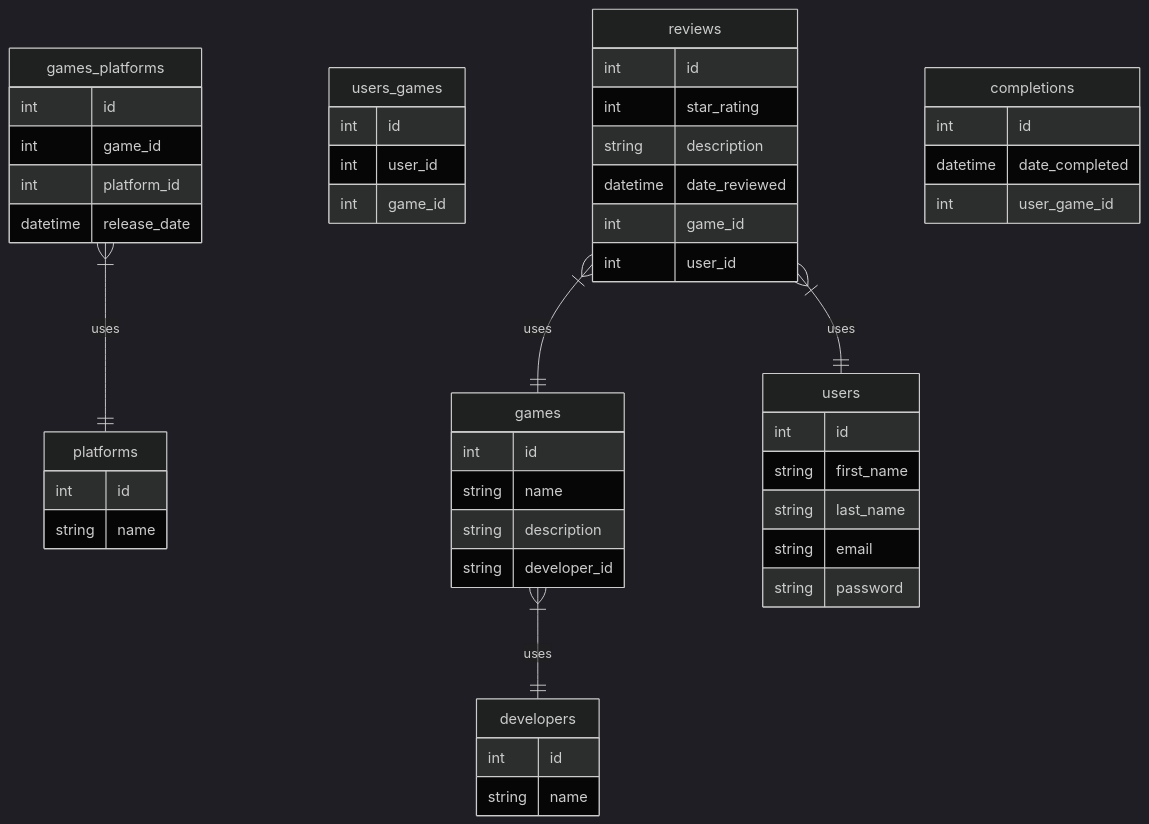
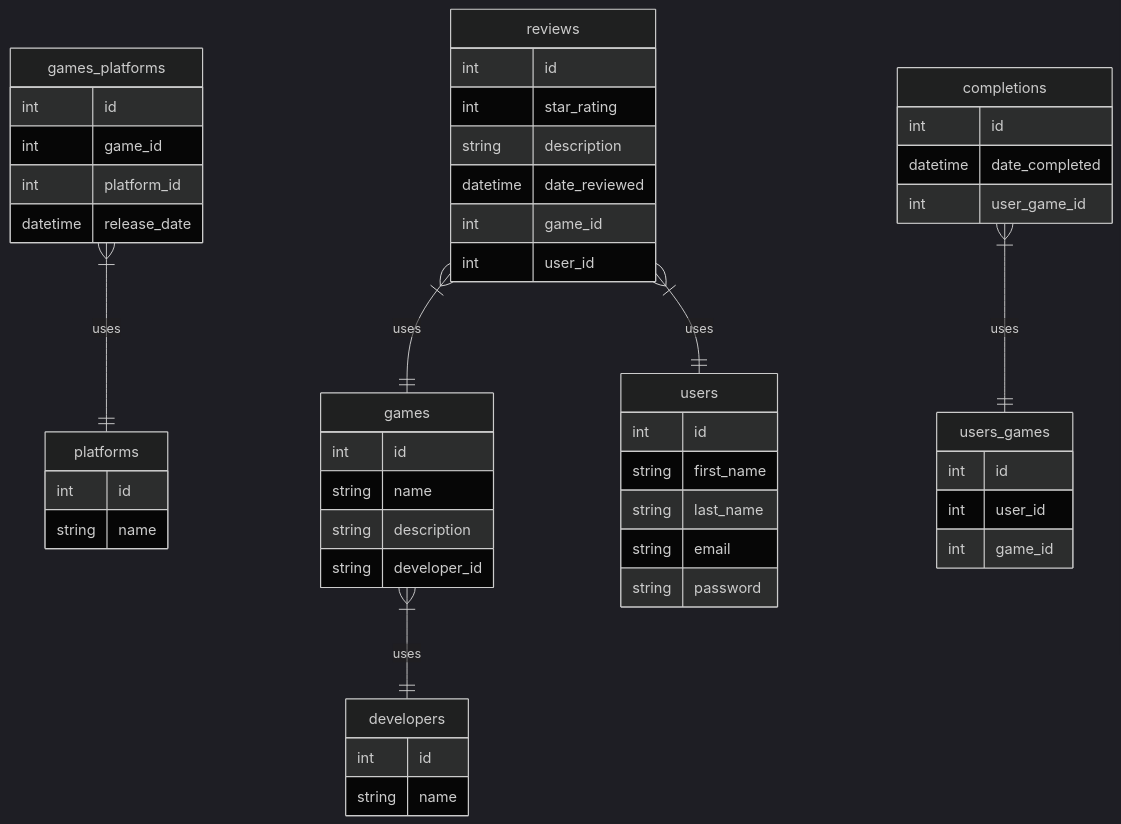
Before and after one commit to Haikira/VGLogger: the second of 2 diagrams in README.md, drawn with Mermaid.

````diff
--- a/README.md
+++ b/README.md
@@ -42,57 +42,58 @@
 ``` mermaid
 %%{init: {'theme': 'dark' } }%%
 
 erDiagram
 
         games {
                 int id
                 string name                
                 string description
                 string developer_id
         }
         platforms {
                 int id
                 string name                
         }
         games_platforms {
                 int id
                 int game_id
                 int platform_id
                 datetime release_date
         }
         users_games {
                 int id
                 int user_id
                 int game_id
         }
         users {
                 int id
                 string first_name
                 string last_name
                 string email
                 string password
         }
         developers {
                 int id
                 string name
         }
         reviews {
                 int id
                 int star_rating
                 string description
                 datetime date_reviewed
                 int game_id
                 int user_id
         }
         completions {
                 int id
                 datetime date_completed
                 int user_game_id
         }
         
         games }|--|| developers: "uses"
         games_platforms }|--|| platforms: "uses"
         reviews }|--|| games: "uses"
-        reviews }|--|| users: "uses"
+        reviews }|--|| users: "uses"        
+        completions }|--|| users_games: "uses"
 
 ```
````
